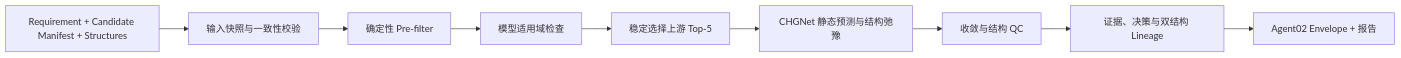
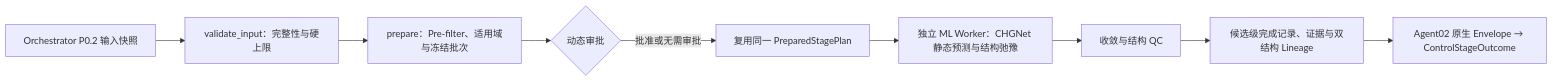
One commit to chimeraHHH/materials_screening_agent_hermes changed the diagram in material-screening-ml-agent-plan.md. Above: the diagram before and after it, drawn with Mermaid. The commit also changed other lines of this file, not shown here.

Commit message:
docs(agent02): record step 1 hardening baseline

````diff
--- a/material-screening-ml-agent-plan.md
+++ b/material-screening-ml-agent-plan.md
@@ -13,11 +17,11 @@
 ```mermaid
 flowchart LR
-    I["Requirement + Candidate Manifest + Structures"] --> V["输入快照与一致性校验"]
-    V --> P["确定性 Pre-filter"]
-    P --> A["模型适用域检查"]
-    A --> S["稳定选择上游 Top-5"]
-    S --> M["CHGNet 静态预测与结构弛豫"]
+    I["Orchestrator P0.2 输入快照"] --> V["validate_input：完整性与硬上限"]
+    V --> P["prepare：Pre-filter、适用域与冻结批次"]
+    P --> G{"动态审批"}
+    G -->|批准或无需审批| S["复用同一 PreparedStagePlan"]
+    S --> M["独立 ML Worker：CHGNet 静态预测与结构弛豫"]
     M --> Q["收敛与结构 QC"]
-    Q --> E["证据、决策与双结构 Lineage"]
-    E --> R["Agent02 Envelope + 报告"]
+    Q --> E["候选级完成记录、证据与双结构 Lineage"]
+    E --> R["Agent02 原生 Envelope → ControlStageOutcome"]
 ```
````
